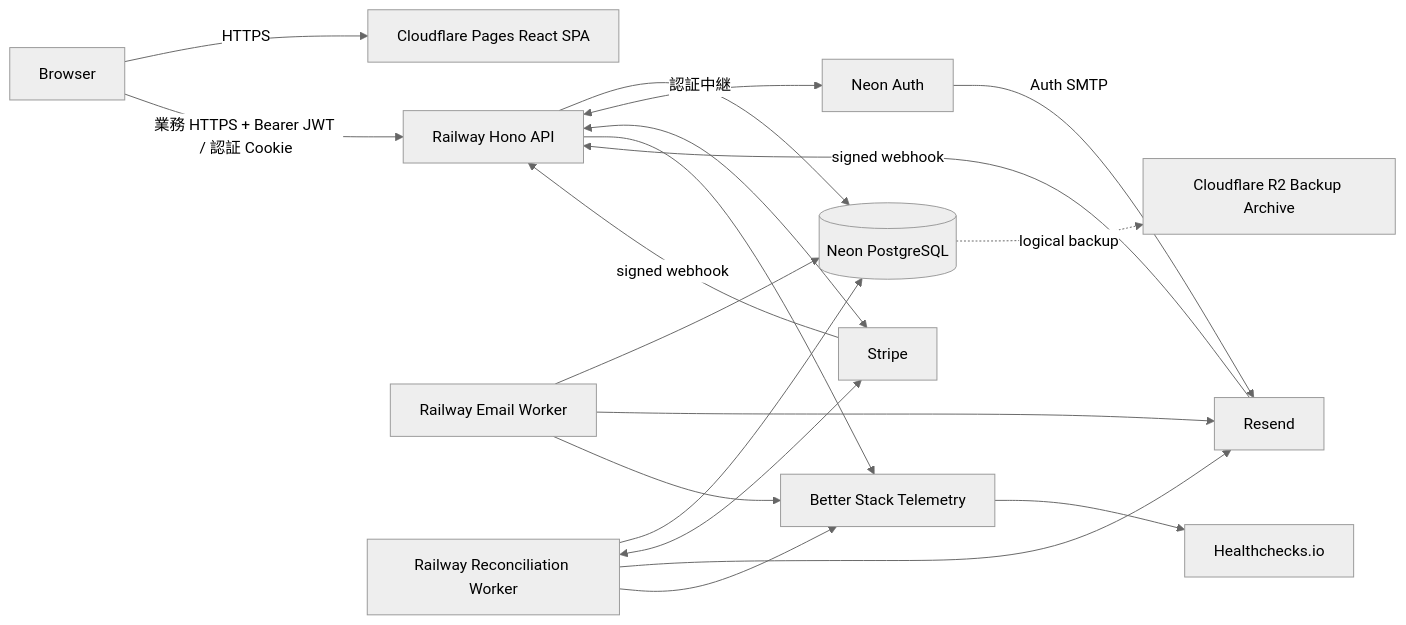
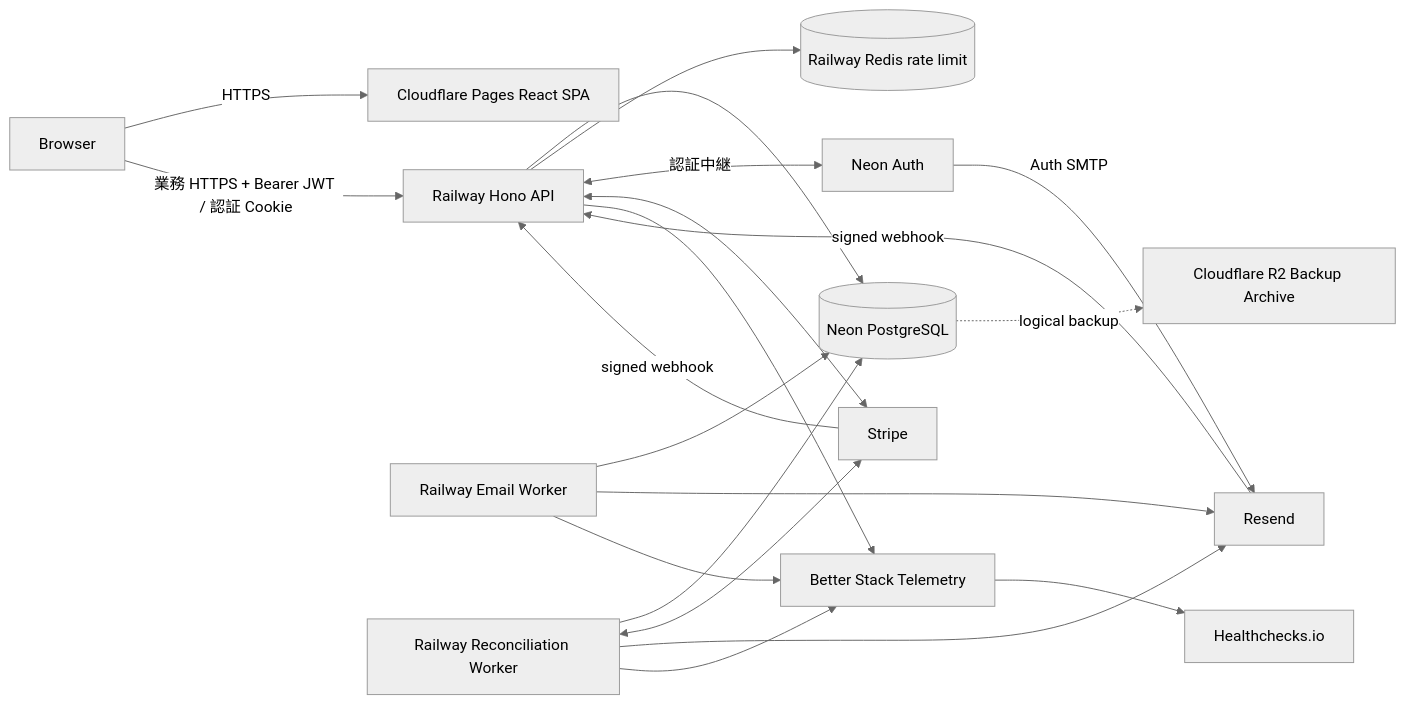
One commit to HayatoFukami/off-r39x changed the diagram in docs/specs/180-infrastructure-deployment.md. Above: the diagram before and after it, drawn with Mermaid (neutral theme). The commit also changed other lines of this file and 6 other files, not shown here.

First line of the commit message:
docs(specs): define shared rate limit contract (UCR-140-003)

````diff
--- a/docs/specs/180-infrastructure-deployment.md
+++ b/docs/specs/180-infrastructure-deployment.md
@@ -185,34 +186,36 @@
 ```mermaid
 flowchart LR
   B[Browser]
   V[Cloudflare Pages React SPA]
   A[Railway Hono API]
   EW[Railway Email Worker]
   RW[Railway Reconciliation Worker]
   DB[(Neon PostgreSQL)]
+  RL[(Railway Redis rate limit)]
   AU[Neon Auth]
   ST[Stripe]
   RS[Resend]
   BS[Better Stack Telemetry]
   HC[Healthchecks.io]
   R2[Cloudflare R2 Backup Archive]
 
   B -->|HTTPS| V
   B -->|業務 HTTPS + Bearer JWT / 認証 Cookie| A
   A --> DB
+  A --> RL
   EW --> DB
   RW --> DB
   A <-->|認証中継| AU
   A <--> ST
   RW <--> ST
   EW --> RS
   AU -->|Auth SMTP| RS
   RW --> RS
   ST -->|signed webhook| A
   RS -->|signed webhook| A
   A --> BS
   EW --> BS
   RW --> BS
   BS --> HC
   DB -. logical backup .-> R2
 ```
````
